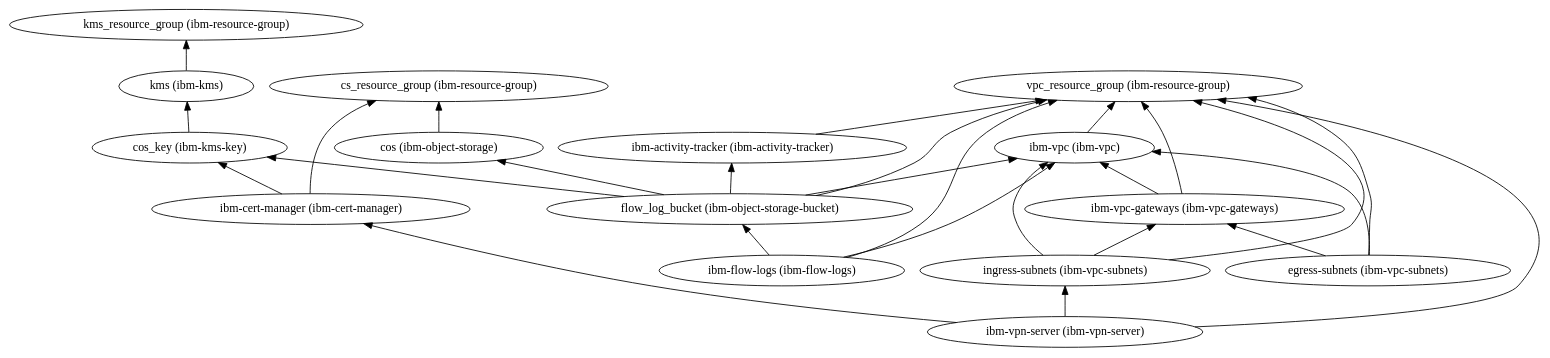
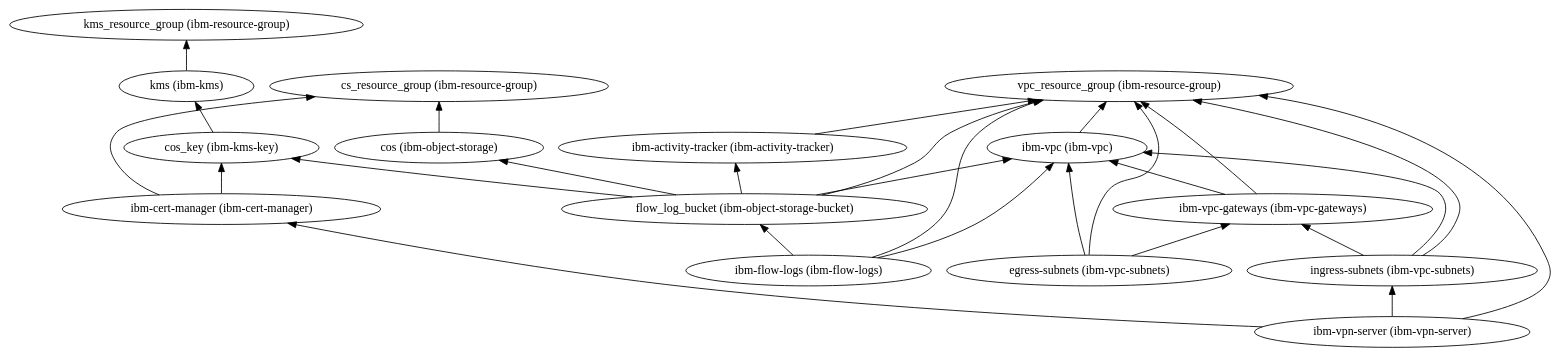
Before and after one commit to IBM/automation-ibmcloud-infra-openshift: the diagram in 2-standard/110-ibm-vpc-edge-standard/dependencies.dot, drawn with Graphviz. The commit also changed 106 other files, not shown here.

```diff
--- a/2-standard/110-ibm-vpc-edge-standard/dependencies.dot
+++ b/2-standard/110-ibm-vpc-edge-standard/dependencies.dot
@@ -1,44 +1,44 @@
 digraph {
     rankdir="BT"
-    "cos_key (ibm-kms-key)" -> "kms (ibm-kms)"
+    "ibm-activity-tracker (ibm-activity-tracker)" -> "vpc_resource_group (ibm-resource-group)"
+"ibm-activity-tracker (ibm-activity-tracker)"
+"vpc_resource_group (ibm-resource-group)"
+"ibm-cert-manager (ibm-cert-manager)" -> "cs_resource_group (ibm-resource-group)"
+"ibm-cert-manager (ibm-cert-manager)" -> "cos_key (ibm-kms-key)"
+"ibm-cert-manager (ibm-cert-manager)"
+"cs_resource_group (ibm-resource-group)"
+"cos_key (ibm-kms-key)" -> "kms (ibm-kms)"
 "cos_key (ibm-kms-key)"
 "kms (ibm-kms)" -> "kms_resource_group (ibm-resource-group)"
 "kms (ibm-kms)"
 "kms_resource_group (ibm-resource-group)"
-"vpc_resource_group (ibm-resource-group)"
-"cs_resource_group (ibm-resource-group)"
-"ibm-activity-tracker (ibm-activity-tracker)" -> "vpc_resource_group (ibm-resource-group)"
-"ibm-activity-tracker (ibm-activity-tracker)"
-"ibm-cert-manager (ibm-cert-manager)" -> "cs_resource_group (ibm-resource-group)"
-"ibm-cert-manager (ibm-cert-manager)" -> "cos_key (ibm-kms-key)"
-"ibm-cert-manager (ibm-cert-manager)"
 "ibm-flow-logs (ibm-flow-logs)" -> "vpc_resource_group (ibm-resource-group)"
 "ibm-flow-logs (ibm-flow-logs)" -> "flow_log_bucket (ibm-object-storage-bucket)"
 "ibm-flow-logs (ibm-flow-logs)" -> "ibm-vpc (ibm-vpc)"
 "ibm-flow-logs (ibm-flow-logs)"
 "flow_log_bucket (ibm-object-storage-bucket)" -> "vpc_resource_group (ibm-resource-group)"
 "flow_log_bucket (ibm-object-storage-bucket)" -> "cos (ibm-object-storage)"
 "flow_log_bucket (ibm-object-storage-bucket)" -> "cos_key (ibm-kms-key)"
 "flow_log_bucket (ibm-object-storage-bucket)" -> "ibm-activity-tracker (ibm-activity-tracker)"
 "flow_log_bucket (ibm-object-storage-bucket)" -> "ibm-vpc (ibm-vpc)"
 "flow_log_bucket (ibm-object-storage-bucket)"
 "cos (ibm-object-storage)" -> "cs_resource_group (ibm-resource-group)"
 "cos (ibm-object-storage)"
 "ibm-vpc (ibm-vpc)" -> "vpc_resource_group (ibm-resource-group)"
 "ibm-vpc (ibm-vpc)"
 "ibm-vpc-gateways (ibm-vpc-gateways)" -> "vpc_resource_group (ibm-resource-group)"
 "ibm-vpc-gateways (ibm-vpc-gateways)" -> "ibm-vpc (ibm-vpc)"
 "ibm-vpc-gateways (ibm-vpc-gateways)"
 "ingress-subnets (ibm-vpc-subnets)" -> "vpc_resource_group (ibm-resource-group)"
 "ingress-subnets (ibm-vpc-subnets)" -> "ibm-vpc (ibm-vpc)"
 "ingress-subnets (ibm-vpc-subnets)" -> "ibm-vpc-gateways (ibm-vpc-gateways)"
 "ingress-subnets (ibm-vpc-subnets)"
 "egress-subnets (ibm-vpc-subnets)" -> "vpc_resource_group (ibm-resource-group)"
 "egress-subnets (ibm-vpc-subnets)" -> "ibm-vpc (ibm-vpc)"
 "egress-subnets (ibm-vpc-subnets)" -> "ibm-vpc-gateways (ibm-vpc-gateways)"
 "egress-subnets (ibm-vpc-subnets)"
 "ibm-vpn-server (ibm-vpn-server)" -> "vpc_resource_group (ibm-resource-group)"
 "ibm-vpn-server (ibm-vpn-server)" -> "ingress-subnets (ibm-vpc-subnets)"
 "ibm-vpn-server (ibm-vpn-server)" -> "ibm-cert-manager (ibm-cert-manager)"
 "ibm-vpn-server (ibm-vpn-server)"
   }
```
